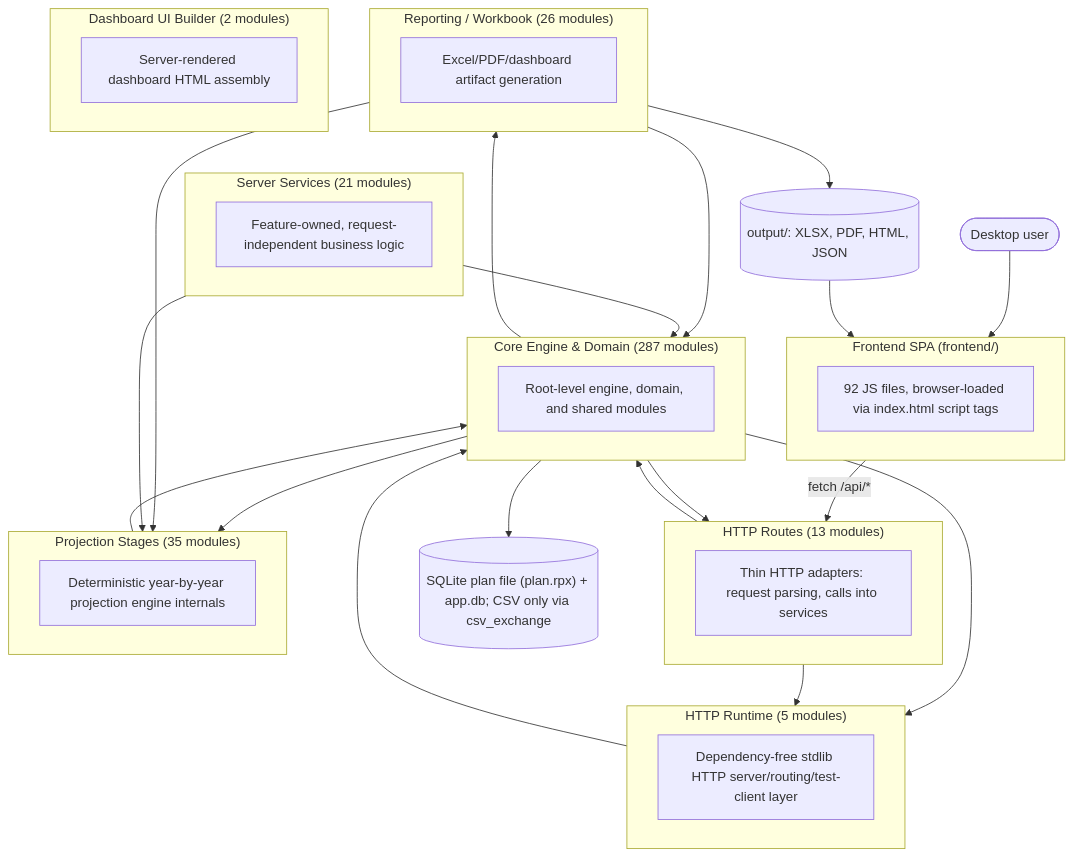
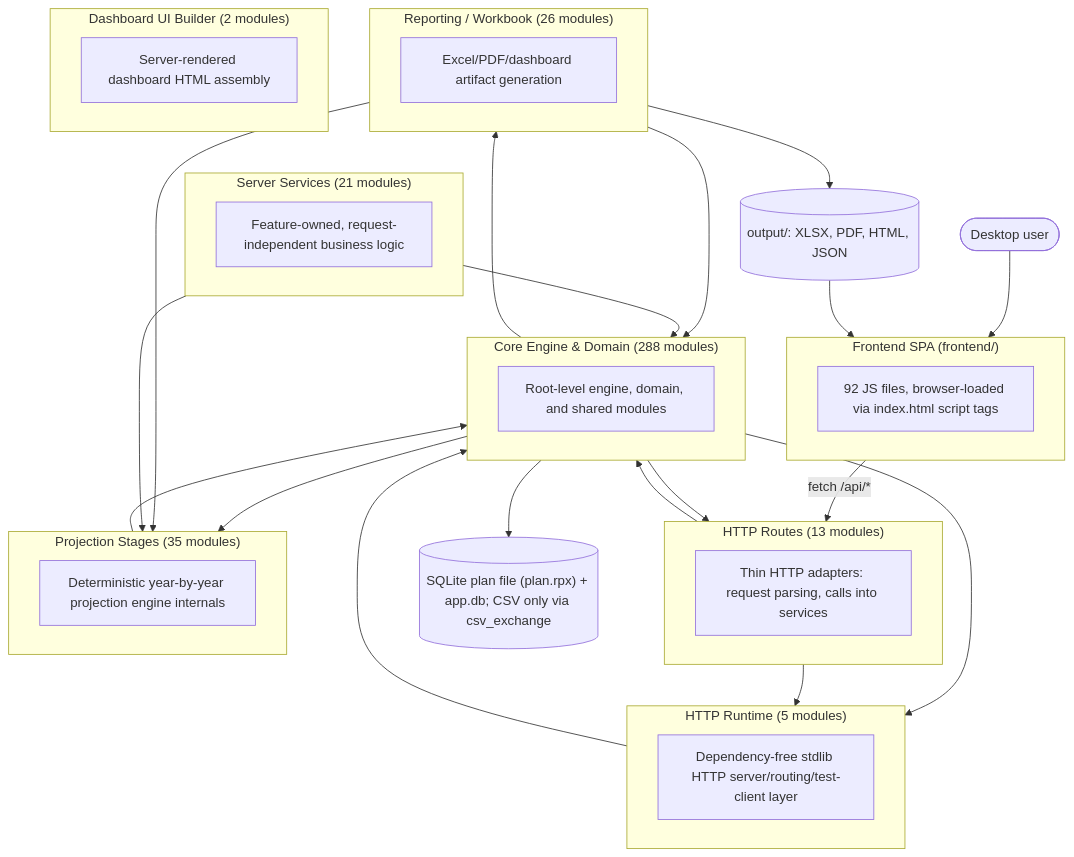
Before and after one commit to matthartzman/retirement_system: the first of 2 diagrams in documentation/reference/SYSTEM_ARCHITECTURE_DIAGRAM.md, drawn with Mermaid. The commit also changed other lines of this file and 2 other files, not shown here.

First line of the commit message:
fix(admin-ui): show the one-time enrolment code from the gateway host (keeps admin frontend under its ceiling); refresh architecture diagram

````diff
--- a/documentation/reference/SYSTEM_ARCHITECTURE_DIAGRAM.md
+++ b/documentation/reference/SYSTEM_ARCHITECTURE_DIAGRAM.md
@@ -11,44 +11,44 @@
 ```mermaid
 flowchart TB
     User(["Desktop user"]) --> FE
     subgraph FE["Frontend SPA (frontend/)"]
         FEcount["92 JS files, browser-loaded via index.html script tags"]
     end
     FE -->|fetch /api/*| L_HTTP_Routes
     subgraph L_HTTP_Routes["HTTP Routes (13 modules)"]
         L_HTTP_Routes_d["Thin HTTP adapters: request parsing, calls into services"]
     end
     subgraph L_Server_Services["Server Services (21 modules)"]
         L_Server_Services_d["Feature-owned, request-independent business logic"]
     end
     subgraph L_HTTP_Runtime["HTTP Runtime (5 modules)"]
         L_HTTP_Runtime_d["Dependency-free stdlib HTTP server/routing/test-client layer"]
     end
-    subgraph L_Core_Engine___Domain["Core Engine & Domain (287 modules)"]
+    subgraph L_Core_Engine___Domain["Core Engine & Domain (288 modules)"]
         L_Core_Engine___Domain_d["Root-level engine, domain, and shared modules"]
     end
     subgraph L_Projection_Stages["Projection Stages (35 modules)"]
         L_Projection_Stages_d["Deterministic year-by-year projection engine internals"]
     end
     subgraph L_Reporting___Workbook["Reporting / Workbook (26 modules)"]
         L_Reporting___Workbook_d["Excel/PDF/dashboard artifact generation"]
     end
     subgraph L_Dashboard_UI_Builder["Dashboard UI Builder (2 modules)"]
         L_Dashboard_UI_Builder_d["Server-rendered dashboard HTML assembly"]
     end
     L_Core_Engine___Domain --> L_HTTP_Routes
     L_Core_Engine___Domain --> L_HTTP_Runtime
     L_Core_Engine___Domain --> L_Projection_Stages
     L_Core_Engine___Domain --> L_Reporting___Workbook
     L_HTTP_Routes --> L_Core_Engine___Domain
     L_HTTP_Routes --> L_HTTP_Runtime
     L_HTTP_Runtime --> L_Core_Engine___Domain
     L_Projection_Stages --> L_Core_Engine___Domain
     L_Reporting___Workbook --> L_Core_Engine___Domain
     L_Reporting___Workbook --> L_Projection_Stages
     L_Server_Services --> L_Core_Engine___Domain
     L_Server_Services --> L_Projection_Stages
     L_Core_Engine___Domain --> DB[("SQLite plan file (plan.rpx) + app.db; CSV only via csv_exchange")]
     L_Reporting___Workbook --> Outputs[("output/: XLSX, PDF, HTML, JSON")]
     Outputs --> FE
 ```
````
